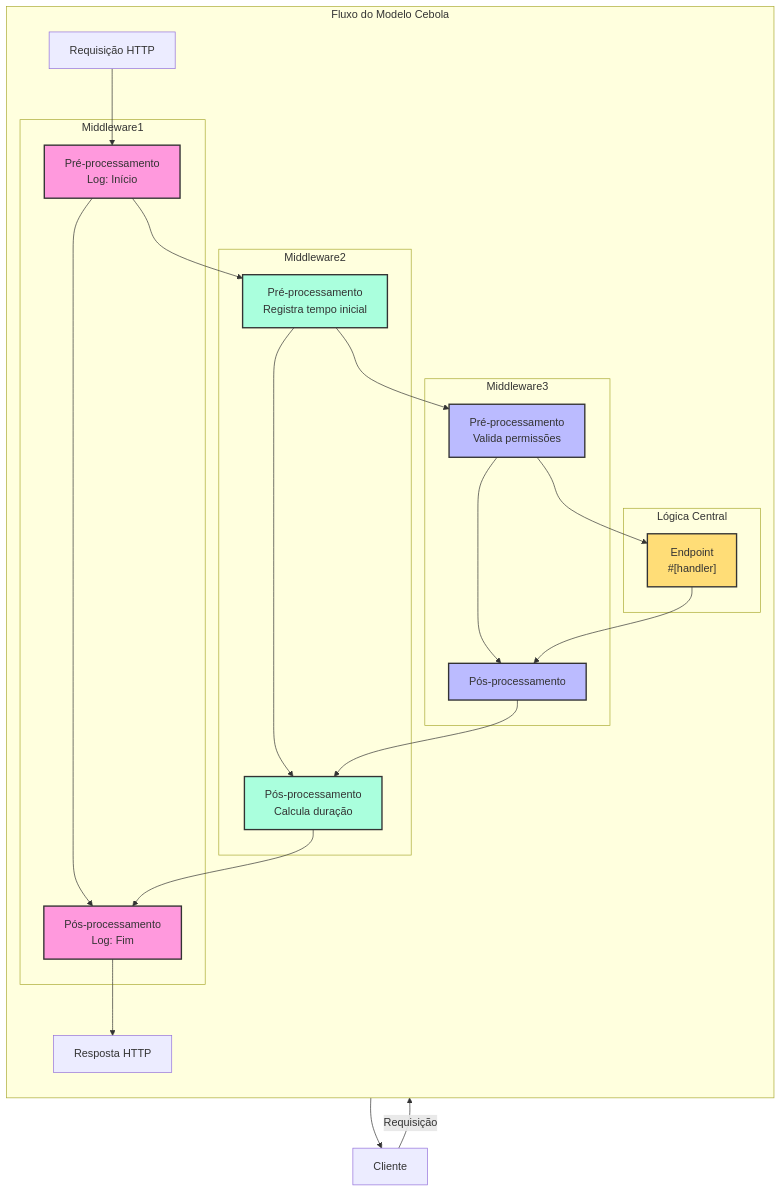
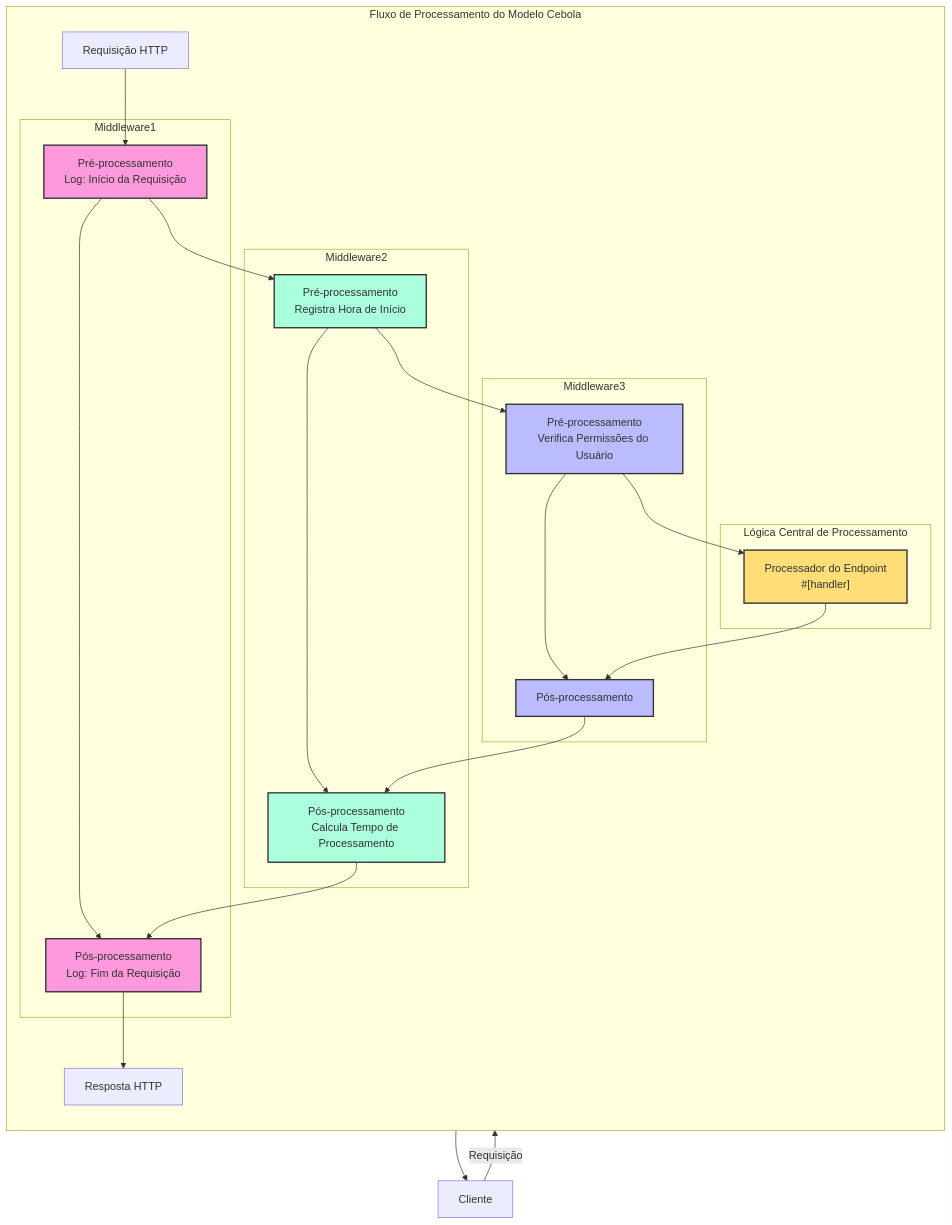
The second of 2 diagrams in docs/pt/guide/concepts/handler.mdx (salvo-rs/website), drawn with Mermaid before and after one commit. The commit also changed other lines of this file and 1062 other files, not shown here.

````diff
--- a/docs/pt/guide/concepts/handler.mdx
+++ b/docs/pt/guide/concepts/handler.mdx
@@ -60,45 +59,45 @@
 ```mermaid
 flowchart TB
     Client[Cliente] -->|Requisição| Request[Requisição HTTP]
 
-    subgraph "Fluxo do Modelo Cebola"
+    subgraph "Fluxo de Processamento do Modelo Cebola"
         direction TB
 
         subgraph M1["Middleware1"]
-            M1A["Pré-processamento<br>Log: Início"] --> M1B["Pós-processamento<br>Log: Fim"]
+            M1A["Pré-processamento<br>Log: Início da Requisição"] --> M1B["Pós-processamento<br>Log: Fim da Requisição"]
         end
 
         subgraph M2["Middleware2"]
-            M2A["Pré-processamento<br>Registra tempo inicial"] --> M2B["Pós-processamento<br>Calcula duração"]
+            M2A["Pré-processamento<br>Registra Hora de Início"] --> M2B["Pós-processamento<br>Calcula Tempo de Processamento"]
         end
 
         subgraph M3["Middleware3"]
-            M3A["Pré-processamento<br>Valida permissões"] --> M3B["Pós-processamento<br>"]
+            M3A["Pré-processamento<br>Verifica Permissões do Usuário"] --> M3B["Pós-processamento<br>"]
         end
 
-        subgraph Core["Lógica Central"]
-            Handler["Endpoint<br>#[handler]"]
+        subgraph Core["Lógica Central de Processamento"]
+            Handler["Processador do Endpoint<br>#[handler]"]
         end
 
         Request --> M1A
         M1A --> M2A
         M2A --> M3A
         M3A --> Handler
         Handler --> M3B
         M3B --> M2B
         M2B --> M1B
         M1B --> Response
     end
 
     Response[Resposta HTTP] --> Client
 
     classDef middleware1 fill:#f9d,stroke:#333,stroke-width:2px;
     classDef middleware2 fill:#afd,stroke:#333,stroke-width:2px;
     classDef middleware3 fill:#bbf,stroke:#333,stroke-width:2px;
     classDef core fill:#fd7,stroke:#333,stroke-width:2px;
 
     class M1A,M1B middleware1;
     class M2A,M2B middleware2;
     class M3A,M3B middleware3;
     class Handler core;
 ```
````
